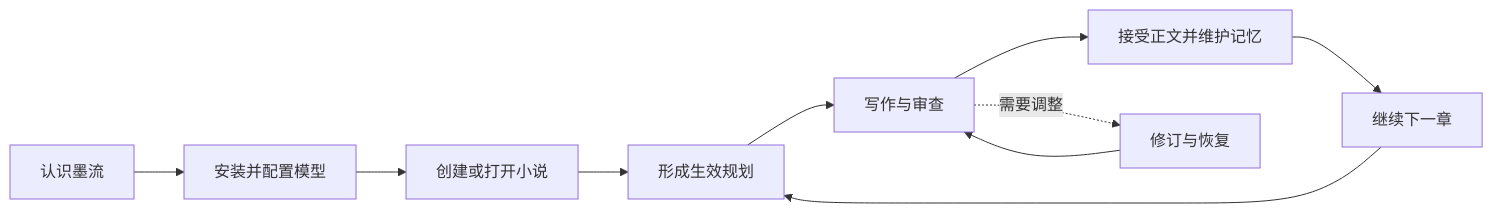
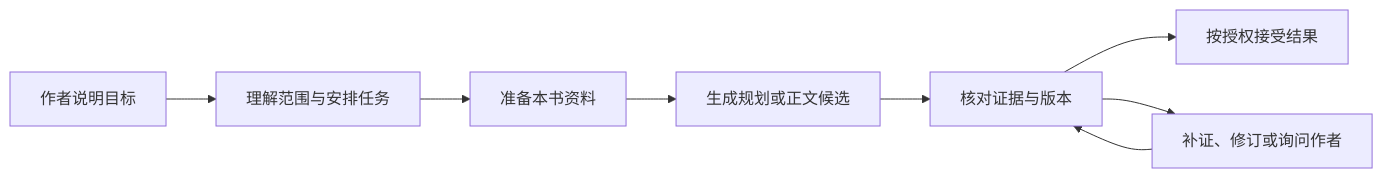
One commit to littlewinter320/inkflow changed the first of 8 diagrams in README.md. Above: the diagram before and after it, drawn with Mermaid. The commit also changed other lines of this file and 309 other files, not shown here.

````diff
--- a/README.md
+++ b/README.md
@@ -33,12 +94,10 @@
 ```mermaid
-graph LR
-    A[认识墨流] --> B[安装并配置模型]
-    B --> C[创建或打开小说]
-    C --> D[形成生效规划]
-    D --> E[写作与审查]
-    E --> F[接受正文并维护记忆]
-    F --> G[继续下一章]
-    G --> D
-    E -.需要调整.-> H[修订与恢复]
-    H --> E
+flowchart LR
+    A[作者说明目标] --> B[理解范围与安排任务]
+    B --> C[准备本书资料]
+    C --> D[生成规划或正文候选]
+    D --> E[核对证据与版本]
+    E --> F[按授权接受结果]
+    E --> G[补证、修订或询问作者]
+    G --> E
 ```
````
